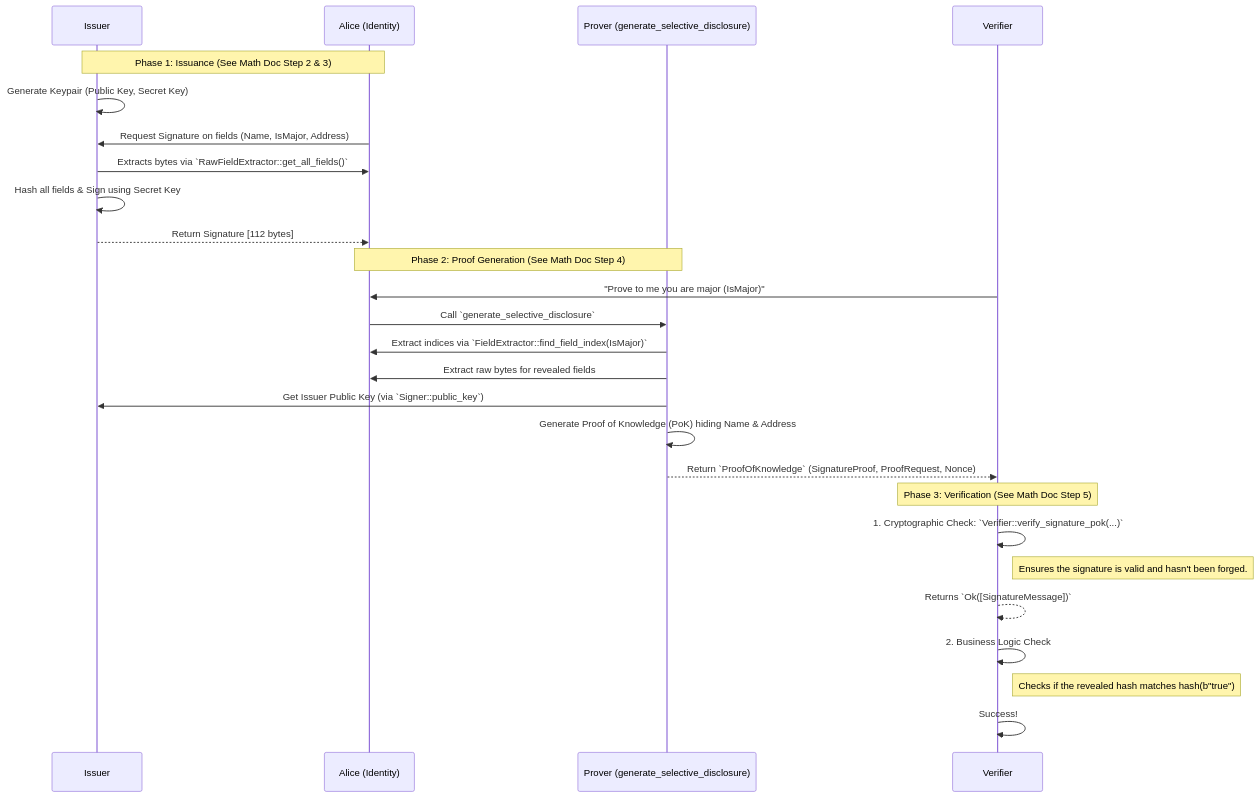
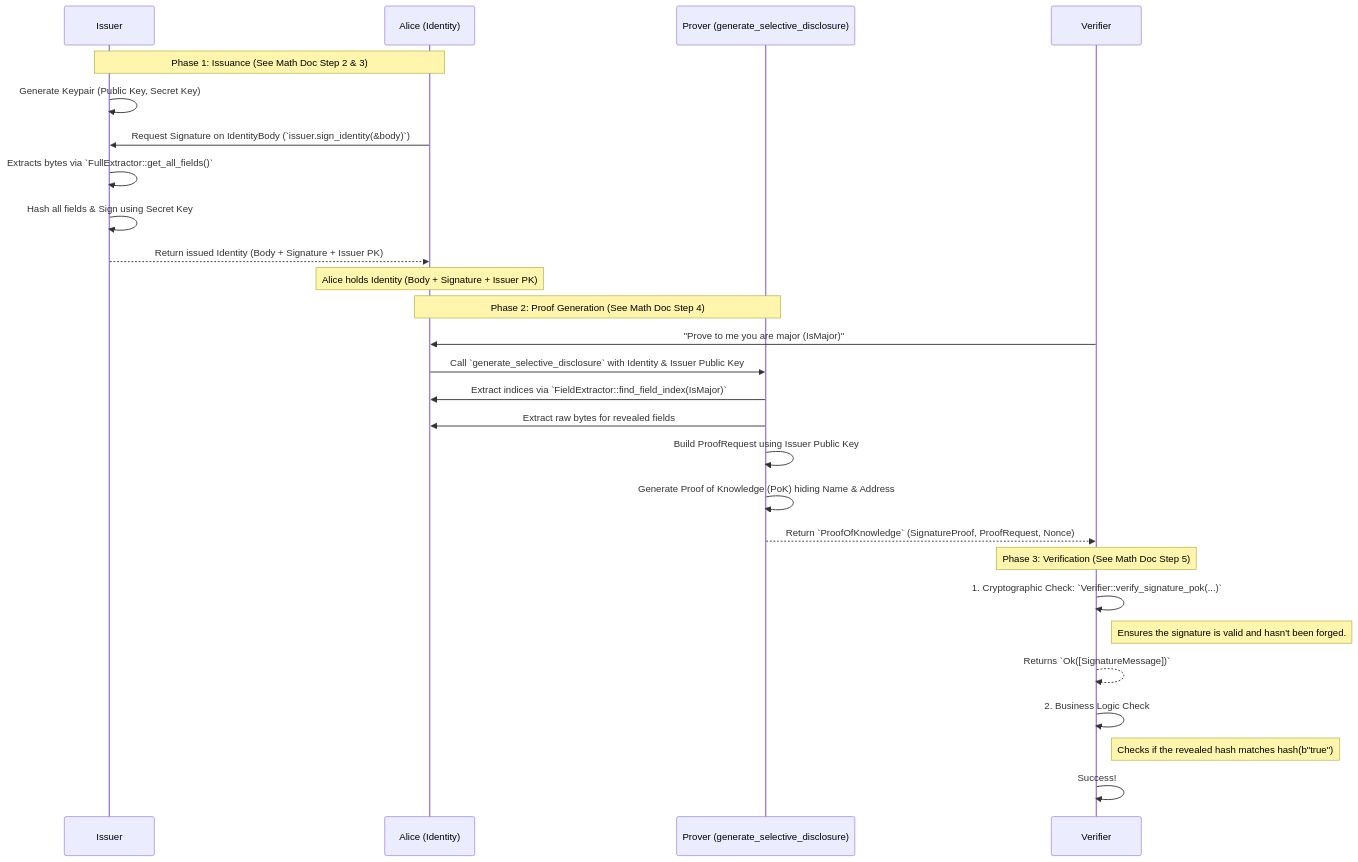
Before and after one commit to einret/rs_labs: the diagram in bbs_zpk/docs/01_architecture_flow.md, drawn with Mermaid. The commit also changed other lines of this file and 13 other files, not shown here.

````diff
--- a/bbs_zpk/docs/01_architecture_flow.md
+++ b/bbs_zpk/docs/01_architecture_flow.md
@@ -16,34 +18,35 @@
 ```mermaid
 sequenceDiagram
     participant I as Issuer
     participant A as Alice (Identity)
     participant P as Prover (generate_selective_disclosure)
     participant V as Verifier
 
     %% Phase 1: Setup & Issuance
     Note over I, A: Phase 1: Issuance (See Math Doc Step 2 & 3)
     I->>I: Generate Keypair (Public Key, Secret Key)
-    A->>I: Request Signature on fields (Name, IsMajor, Address)
-    I->>A: Extracts bytes via `RawFieldExtractor::get_all_fields()`
+    A->>I: Request Signature on IdentityBody (`issuer.sign_identity(&body)`)
+    I->>I: Extracts bytes via `FullExtractor::get_all_fields()`
     I->>I: Hash all fields & Sign using Secret Key
-    I-->>A: Return Signature [112 bytes]
+    I-->>A: Return issued Identity (Body + Signature + Issuer PK)
+    Note over A: Alice holds Identity (Body + Signature + Issuer PK)
 
     %% Phase 2: Selective Disclosure
     Note over A, P: Phase 2: Proof Generation (See Math Doc Step 4)
     V->>A: "Prove to me you are major (IsMajor)"
-    A->>P: Call `generate_selective_disclosure`
+    A->>P: Call `generate_selective_disclosure` with Identity & Issuer Public Key
     P->>A: Extract indices via `FieldExtractor::find_field_index(IsMajor)`
     P->>A: Extract raw bytes for revealed fields
-    P->>I: Get Issuer Public Key (via `Signer::public_key`)
+    P->>P: Build ProofRequest using Issuer Public Key
     P->>P: Generate Proof of Knowledge (PoK) hiding Name & Address
     P-->>V: Return `ProofOfKnowledge` (SignatureProof, ProofRequest, Nonce)
 
     %% Phase 3: Verification
     Note over V: Phase 3: Verification (See Math Doc Step 5)
     V->>V: 1. Cryptographic Check: `Verifier::verify_signature_pok(...)`
     Note right of V: Ensures the signature is valid and hasn't been forged.
     V-->>V: Returns `Ok([SignatureMessage])`
     V->>V: 2. Business Logic Check
     Note right of V: Checks if the revealed hash matches hash(b"true")
     V->>V: Success!
 ```
````
